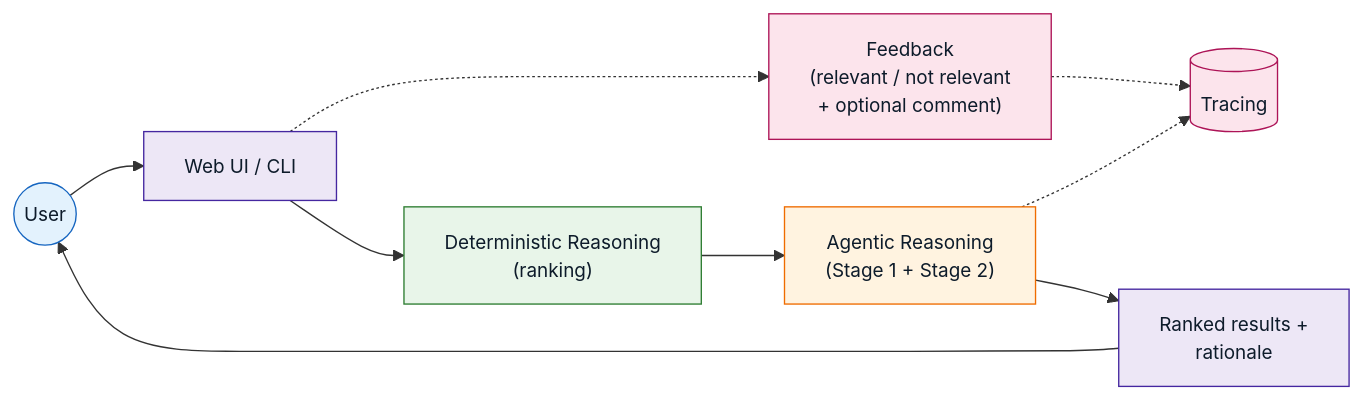
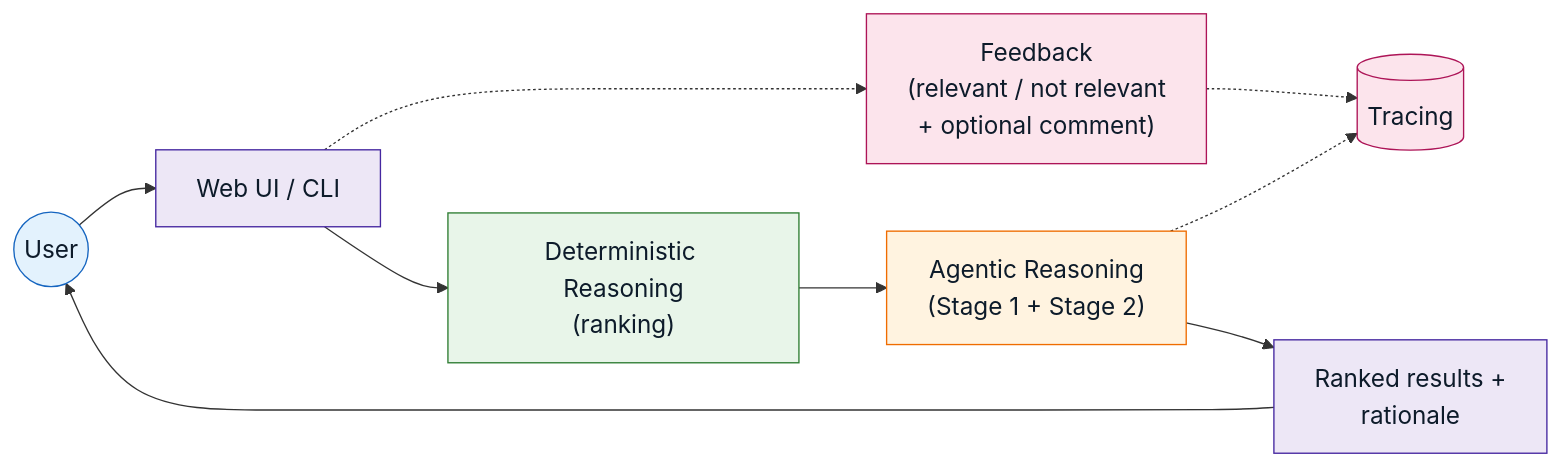
One commit to pnkjsyngh/ma-acquirer-identification-engine changed the first of 3 diagrams in README.md. Above: the diagram before and after it, drawn with Mermaid. The commit also changed other lines of this file and 1 other file, not shown here.

````diff
--- a/README.md
+++ b/README.md
@@ -103,29 +103,29 @@
 ```mermaid
-%%{init: {'themeVariables': {'fontSize': '14px'}}}%%
+%%{init: {'themeVariables': {'fontSize': '18px'}}}%%
 flowchart LR
     TRACE[("Tracing")]
     FEEDBACK["Feedback\n(relevant / not relevant\n+ optional comment)"]
 
     USER(("User"))
     UI["Web UI / CLI"]
     DET["Deterministic Reasoning\n(ranking)"]
     AGENT["Agentic Reasoning\n(Stage 1 + Stage 2)"]
     RESULTS["Ranked results +\nrationale"]
 
     AGENT -.-> TRACE
     UI -.-> FEEDBACK -.-> TRACE
 
     USER --> UI --> DET --> AGENT --> RESULTS --> USER
 
     classDef actorNode fill:#e3f2fd,stroke:#1565c0,color:#0d1b2a
     classDef uiNode fill:#ede7f6,stroke:#4527a0,color:#0d1b2a
     classDef deterministicNode fill:#e8f5e9,stroke:#2e7d32,color:#0d1b2a
     classDef agentNode fill:#fff3e0,stroke:#ef6c00,color:#0d1b2a
     classDef sideNode fill:#fce4ec,stroke:#ad1457,color:#0d1b2a
 
     class USER actorNode
     class UI,RESULTS uiNode
     class DET deterministicNode
     class AGENT agentNode
     class TRACE,FEEDBACK sideNode
 ```
````
